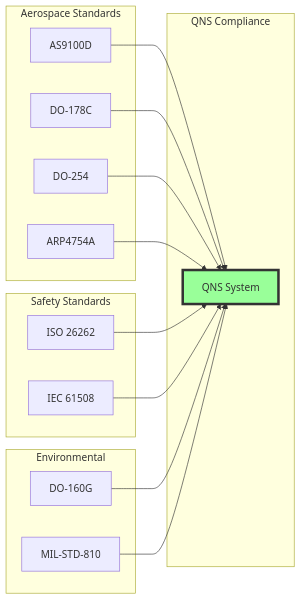
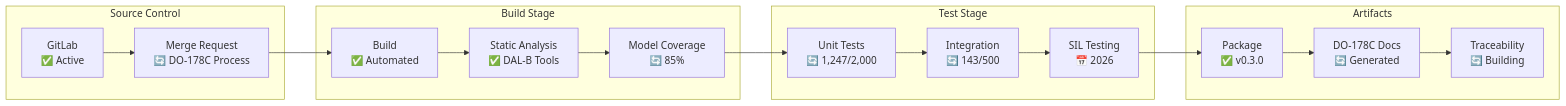
One commit to Robbbo-T/A-Q-U-A_V changed diagram 15 of 33 in PRODUCT_LINES/QUANTUM/QUANTUM_SOFTWARE/DESIGN/QNS_NAVIGATION/DES_SOFTWARE_DEV/QUA-QNS01-25SVD0001-DES-BOB-ORG-TD-ATA-000-00-01-TPL-DOC-001-QCOM-v1.1.0 .md. Above: the diagram before and after it, drawn with Mermaid. The commit also changed other lines of this file, not shown here.

Commit message:
Update QUA-QNS01-25SVD0001-DES-BOB-ORG-TD-ATA-000-00-01-TPL-DOC-001-QCOM-v1.1.0 .md

````diff
--- a/PRODUCT_LINES/QUANTUM/QUANTUM_SOFTWARE/DESIGN/QNS_NAVIGATION/DES_SOFTWARE_DEV/QUA-QNS01-25SVD0001-DES-BOB-ORG-TD-ATA-000-00-01-TPL-DOC-001-QCOM-v1.1.0 .md
+++ b/PRODUCT_LINES/QUANTUM/QUANTUM_SOFTWARE/DESIGN/QNS_NAVIGATION/DES_SOFTWARE_DEV/QUA-QNS01-25SVD0001-DES-BOB-ORG-TD-ATA-000-00-01-TPL-DOC-001-QCOM-v1.1.0 .md
@@ -838,34 +581,38 @@
 ```mermaid
 graph LR
-    subgraph "Aerospace Standards"
-        AS[AS9100D]
-        DO178[DO-178C]
-        DO254[DO-254]
-        ARP[ARP4754A]
+    subgraph "Source Control"
+        GIT[GitLab<br/>✅ Active]
+        MR[Merge Request<br/>🔄 DO-178C Process]
     end
     
-    subgraph "Safety Standards"
-        ISO26262[ISO 26262]
-        IEC61508[IEC 61508]
+    subgraph "Build Stage"
+        BUILD[Build<br/>✅ Automated]
+        SAST[Static Analysis<br/>✅ DAL-B Tools]
+        MC[Model Coverage<br/>🔄 85%]
     end
     
-    subgraph "Environmental"
-        DO160[DO-160G]
-        MIL810[MIL-STD-810]
+    subgraph "Test Stage"
+        UNIT[Unit Tests<br/>🔄 1,247/2,000]
+        INT[Integration<br/>🔄 143/500]
+        SIL[SIL Testing<br/>📅 2026]
     end
     
-    subgraph "QNS Compliance"
-        QNS[QNS System]
+    subgraph "Artifacts"
+        PKG[Package<br/>✅ v0.3.0]
+        DOC[DO-178C Docs<br/>🔄 Generated]
+        TRACE[Traceability<br/>🔄 Building]
     end
     
-    AS --> QNS
-    DO178 --> QNS
-    DO254 --> QNS
-    ARP --> QNS
-    ISO26262 --> QNS
-    IEC61508 --> QNS
-    DO160 --> QNS
-    MIL810 --> QNS
+    GIT --> MR
+    MR --> BUILD
+    BUILD --> SAST
+    SAST --> MC
     
-    style QNS fill:#9f9,stroke:#333,stroke-width:4px
+    MC --> UNIT
+    UNIT --> INT
+    INT --> SIL
+    
+    SIL --> PKG
+    PKG --> DOC
+    DOC --> TRACE
 ```
````
